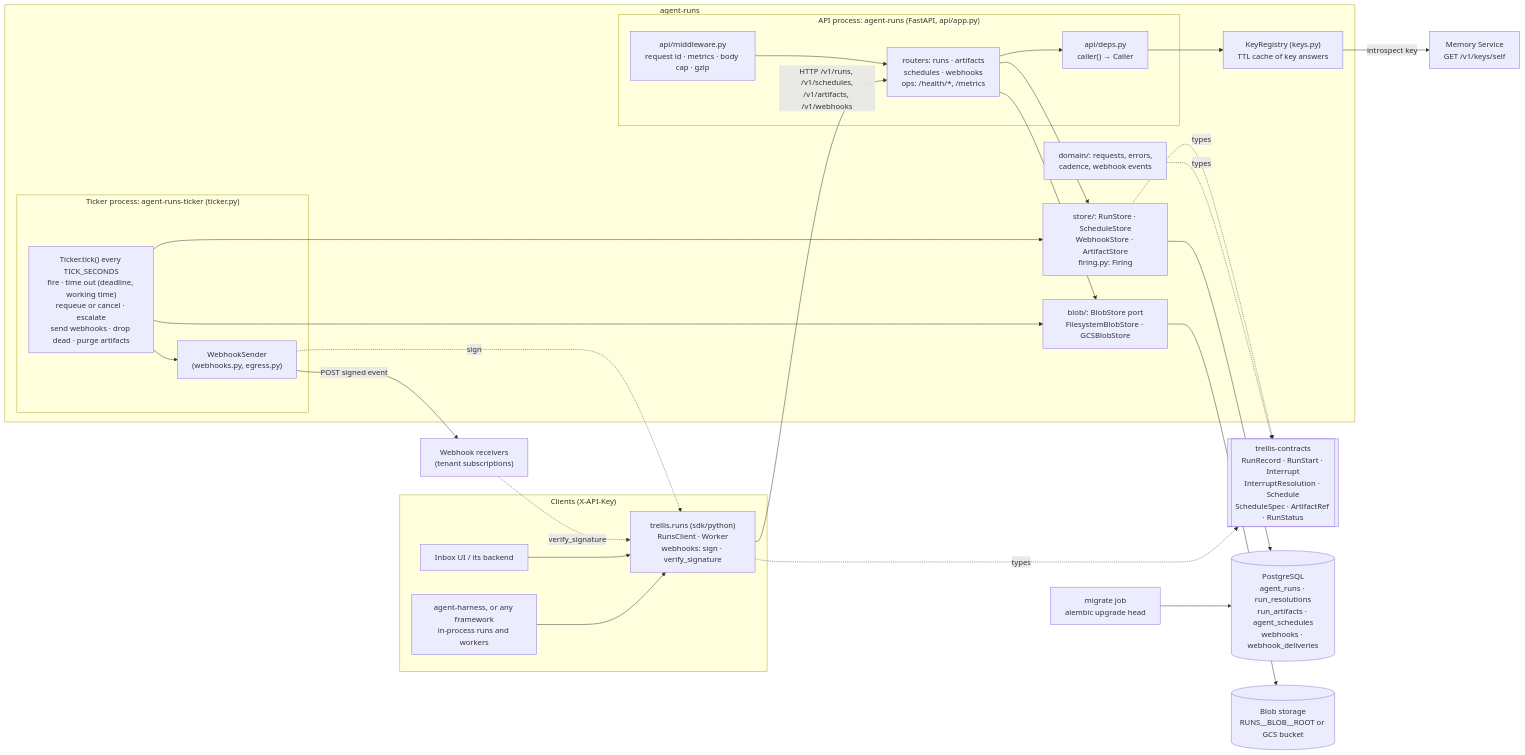
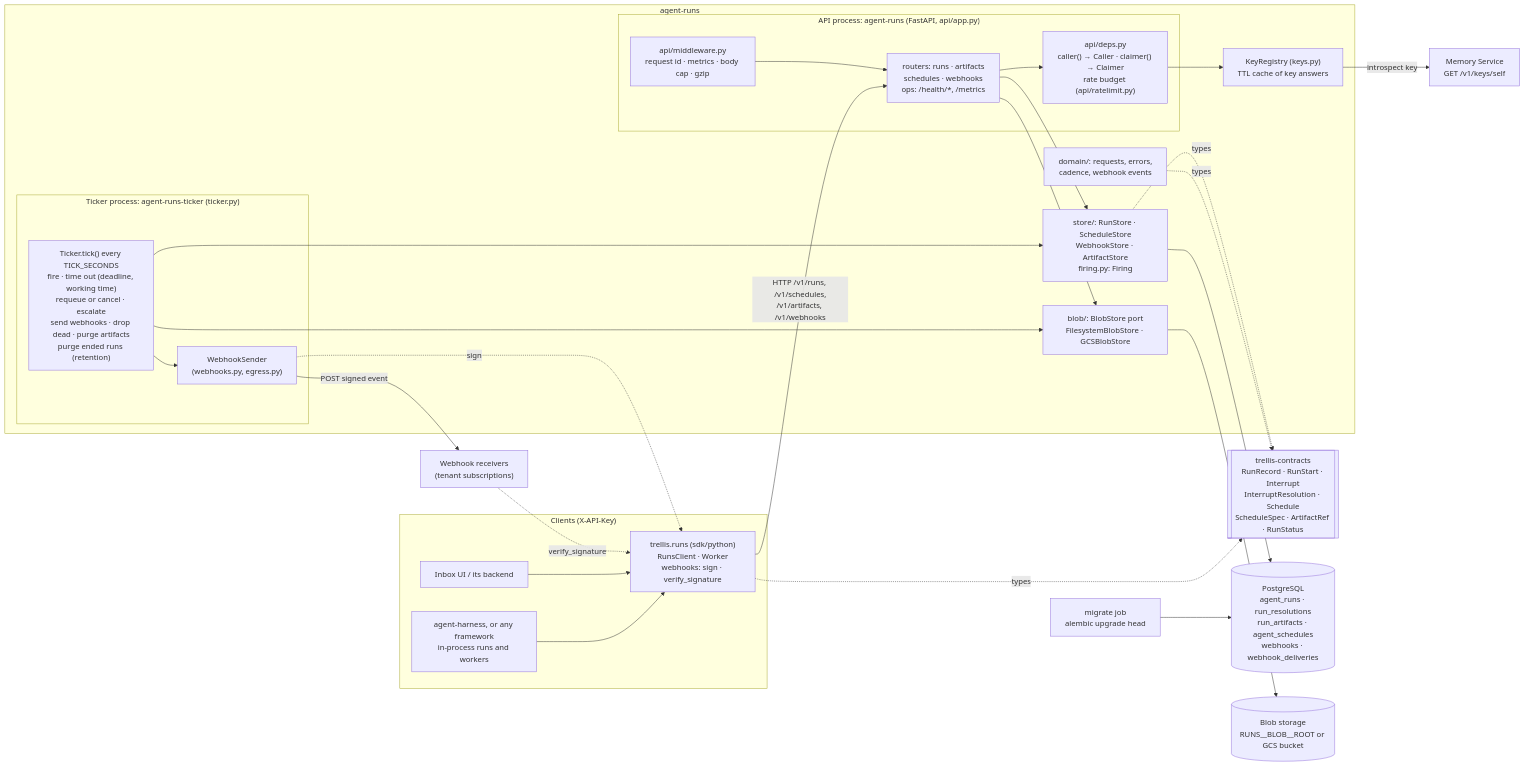
One commit to amitmohapatra/agent-runs changed the first of 5 diagrams in docs/ARCHITECTURE.md. Above: the diagram before and after it, drawn with Mermaid. The commit also changed other lines of this file and 10 other files, not shown here.

First line of the commit message:
agent-runs and trellis-runs 0.4.0: docs for queue order, events, retention, interrupts v2

````diff
--- a/docs/ARCHITECTURE.md
+++ b/docs/ARCHITECTURE.md
@@ -23,50 +23,50 @@
 ```mermaid
 flowchart LR
   subgraph clients["Clients (X-API-Key)"]
     harness["agent-harness, or any framework<br/>in-process runs and workers"]
     ui["Inbox UI / its backend"]
     sdk["trellis.runs (sdk/python)<br/>RunsClient · Worker<br/>webhooks: sign · verify_signature"]
   end
 
   subgraph runs["agent-runs"]
     subgraph api["API process: agent-runs (FastAPI, api/app.py)"]
-      deps["api/deps.py<br/>caller() → Caller"]
+      deps["api/deps.py<br/>caller() → Caller · claimer() → Claimer<br/>rate budget (api/ratelimit.py)"]
       mw["api/middleware.py<br/>request id · metrics · body cap · gzip"]
       routers["routers: runs · artifacts<br/>schedules · webhooks<br/>ops: /health/*, /metrics"]
     end
     subgraph tick["Ticker process: agent-runs-ticker (ticker.py)"]
-      ticker["Ticker.tick() every TICK_SECONDS<br/>fire · time out (deadline, working time)<br/>requeue or cancel · escalate<br/>send webhooks · drop dead · purge artifacts"]
+      ticker["Ticker.tick() every TICK_SECONDS<br/>fire · time out (deadline, working time)<br/>requeue or cancel · escalate<br/>send webhooks · drop dead · purge artifacts<br/>purge ended runs (retention)"]
       sender["WebhookSender<br/>(webhooks.py, egress.py)"]
     end
     keys["KeyRegistry (keys.py)<br/>TTL cache of key answers"]
     stores["store/: RunStore · ScheduleStore<br/>WebhookStore · ArtifactStore<br/>firing.py: Firing"]
     domain["domain/: requests, errors,<br/>cadence, webhook events"]
     blobport["blob/: BlobStore port<br/>FilesystemBlobStore · GCSBlobStore"]
   end
 
   contracts[["trellis-contracts<br/>RunRecord · RunStart · Interrupt<br/>InterruptResolution · Schedule<br/>ScheduleSpec · ArtifactRef · RunStatus"]]
   memory["Memory Service<br/>GET /v1/keys/self"]
   pg[("PostgreSQL<br/>agent_runs · run_resolutions<br/>run_artifacts · agent_schedules<br/>webhooks · webhook_deliveries")]
   blob[("Blob storage<br/>RUNS__BLOB__ROOT or GCS bucket")]
   receivers["Webhook receivers<br/>(tenant subscriptions)"]
   migrate["migrate job<br/>alembic upgrade head"]
 
   harness --> sdk
   ui --> sdk
   sdk -- "HTTP /v1/runs, /v1/schedules,<br/>/v1/artifacts, /v1/webhooks" --> routers
   mw --> routers
   routers --> deps --> keys -- "introspect key" --> memory
   routers --> stores
   routers --> blobport
   ticker --> stores
   ticker --> blobport
   ticker --> sender -- "POST signed event" --> receivers
   sender -. "sign" .-> sdk
   receivers -. "verify_signature" .-> sdk
   stores --> pg
   blobport --> blob
   migrate --> pg
   domain -. "types" .-> contracts
   stores -. "types" .-> contracts
   sdk -. "types" .-> contracts
 ```
````
